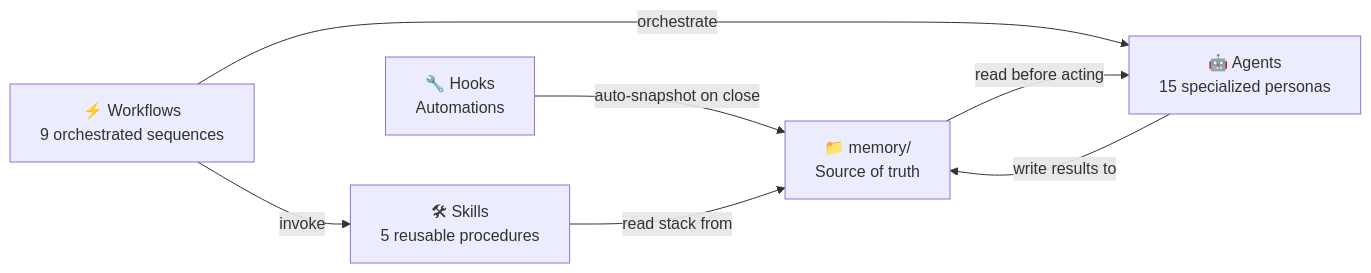
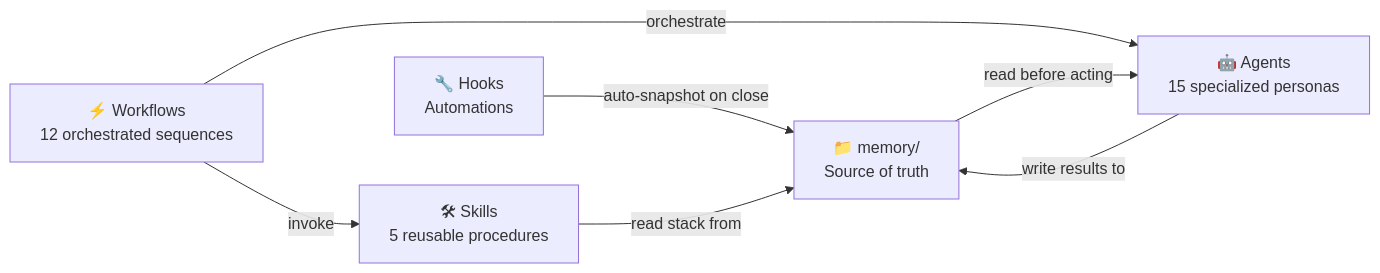
The diagram in README.md (KillianPiccerelle/ai-dev-framework), drawn with Mermaid before and after one commit. The commit also changed other lines of this file and 5 other files, not shown here.

````diff
--- a/README.md
+++ b/README.md
@@ -84,15 +84,15 @@
 ```mermaid
 graph LR
     MEM["📁 memory/\nSource of truth"]
     AGT["🤖 Agents\n15 specialized personas"]
-    WFL["⚡ Workflows\n9 orchestrated sequences"]
+    WFL["⚡ Workflows\n12 orchestrated sequences"]
     SKL["🛠 Skills\n5 reusable procedures"]
     HKS["🔧 Hooks\nAutomations"]
 
     MEM -->|read before acting| AGT
     AGT -->|write results to| MEM
     WFL -->|orchestrate| AGT
     WFL -->|invoke| SKL
     SKL -->|read stack from| MEM
     HKS -->|auto-snapshot on close| MEM
 ```
````
